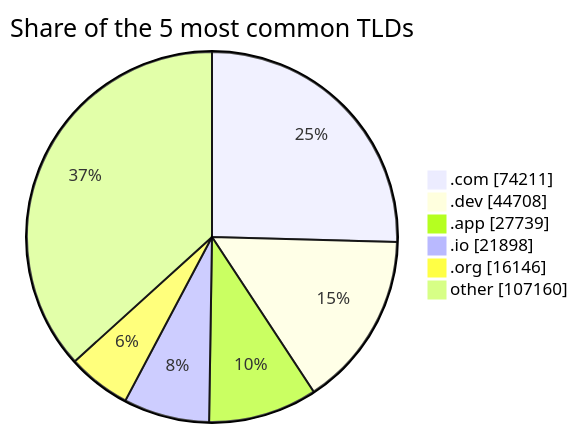
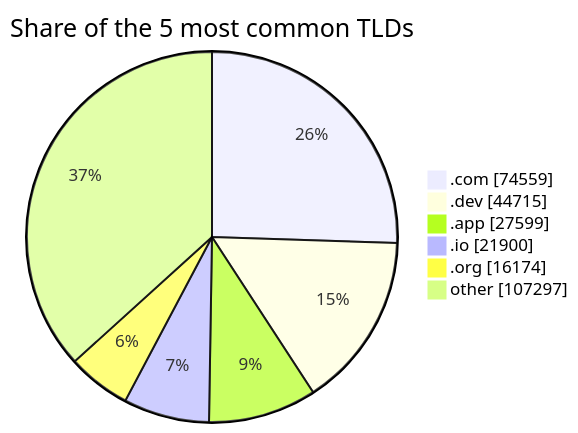
One commit to DNSBunker/CTI changed the third of 3 diagrams in README.md. Above: the diagram before and after it, drawn with Mermaid. The commit also changed other lines of this file and 3 other files, not shown here.

````diff
--- a/README.md
+++ b/README.md
@@ -81,9 +81,9 @@
 ```mermaid
 pie showData title Share of the 5 most common TLDs
-    ".com" : 74211
-    ".dev" : 44708
-    ".app" : 27739
-    ".io" : 21898
-    ".org" : 16146
-    "other" : 107160
+    ".com" : 74559
+    ".dev" : 44715
+    ".app" : 27599
+    ".io" : 21900
+    ".org" : 16174
+    "other" : 107297
 ```
````
